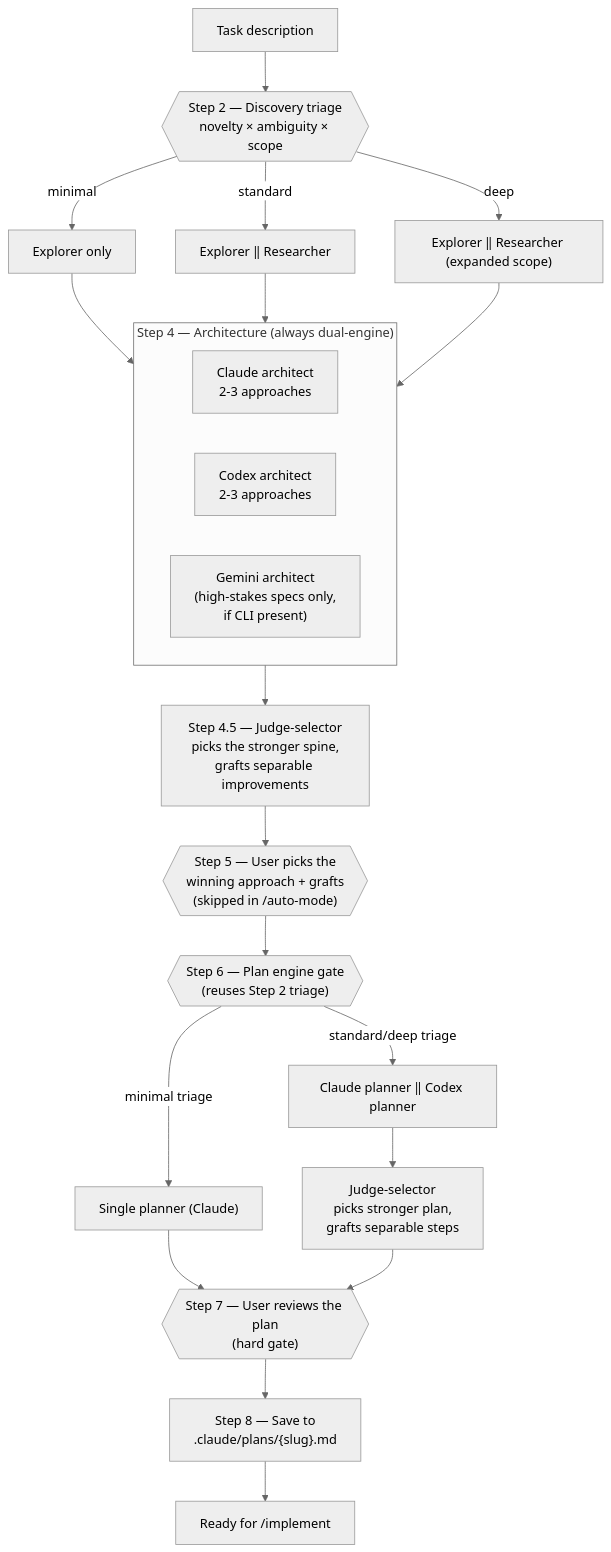
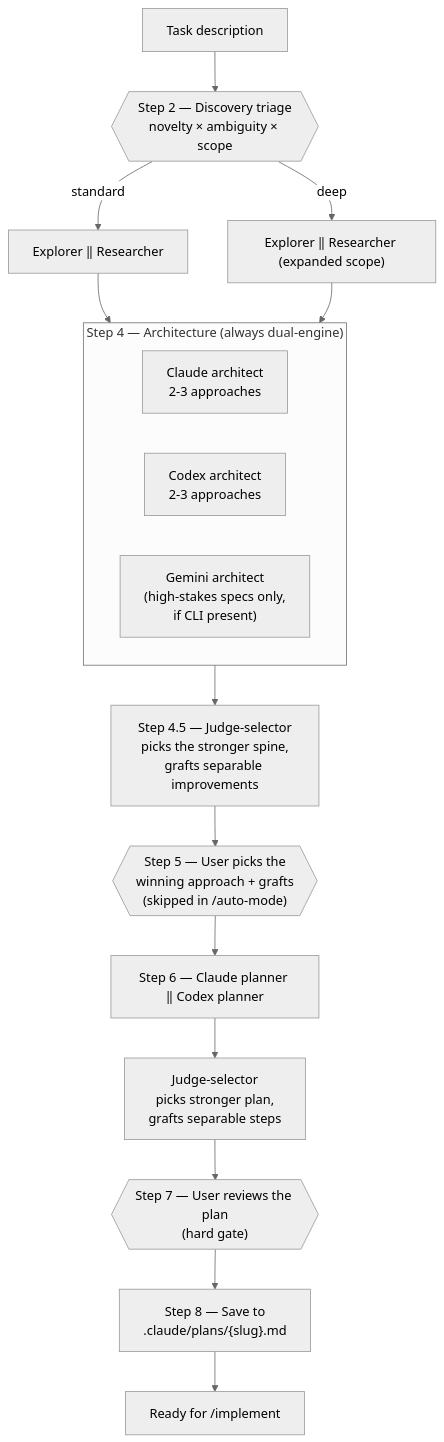
Before and after one commit to nodera-studio/agent-os: the diagram in agents/plan/README.md, drawn with Mermaid (neutral theme). The commit also changed other lines of this file and 10 other files, not shown here.

````diff
--- a/agents/plan/README.md
+++ b/agents/plan/README.md
@@ -22,33 +22,27 @@
 ```mermaid
 flowchart TD
     T["Task description"] --> TR{{"Step 2 — Discovery triage<br/>novelty × ambiguity × scope"}}
 
-    TR -->|minimal| EX1["Explorer only"]
     TR -->|standard| EX2["Explorer ‖ Researcher"]
     TR -->|deep| EX3["Explorer ‖ Researcher (expanded scope)"]
 
-    EX1 --> ARCH
     EX2 --> ARCH
     EX3 --> ARCH
 
     subgraph ARCH["Step 4 — Architecture (always dual-engine)"]
         direction LR
         A1["Claude architect<br/>2-3 approaches"]
         A2["Codex architect<br/>2-3 approaches"]
         A3["Gemini architect<br/>(high-stakes specs only,<br/>if CLI present)"]
     end
 
     ARCH --> J1["Step 4.5 — Judge-selector<br/>picks the stronger spine,<br/>grafts separable improvements"]
     J1 --> GATE1{{"Step 5 — User picks the<br/>winning approach + grafts<br/>(skipped in /auto-mode)"}}
 
-    GATE1 --> PG{{"Step 6 — Plan engine gate<br/>(reuses Step 2 triage)"}}
-    PG -->|minimal triage| P1["Single planner (Claude)"]
-    PG -->|standard/deep triage| P2["Claude planner ‖ Codex planner"]
-
-    P1 --> STEP7
+    GATE1 --> P2["Step 6 — Claude planner ‖ Codex planner"]
     P2 --> J2["Judge-selector<br/>picks stronger plan,<br/>grafts separable steps"]
     J2 --> STEP7
 
     STEP7{{"Step 7 — User reviews the plan<br/>(hard gate)"}} --> SAVE["Step 8 — Save to<br/>.claude/plans/{slug}.md"]
     SAVE --> NEXT["Ready for /implement"]
 ```
````
